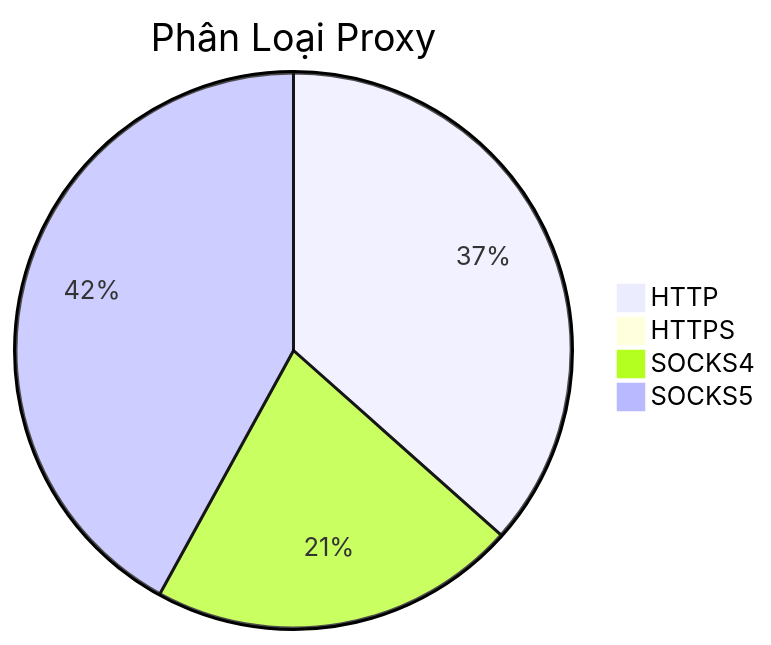
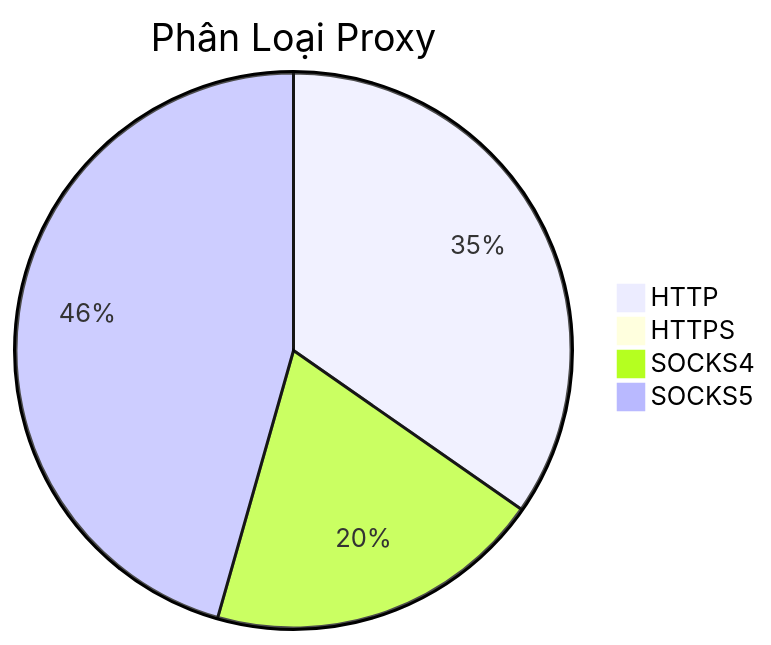
Before and after one commit to Ciara-12/PROXY-free: the diagram in README.md, drawn with Mermaid. The commit also changed other lines of this file and 3 other files, not shown here.

````diff
--- a/README.md
+++ b/README.md
@@ -26,7 +26,7 @@
 ```mermaid
 pie title Phân Loại Proxy
-    "HTTP" : 437
+    "HTTP" : 410
     "HTTPS" : 0
-    "SOCKS4" : 256
-    "SOCKS5" : 502
+    "SOCKS4" : 233
+    "SOCKS5" : 539
 ```
````
